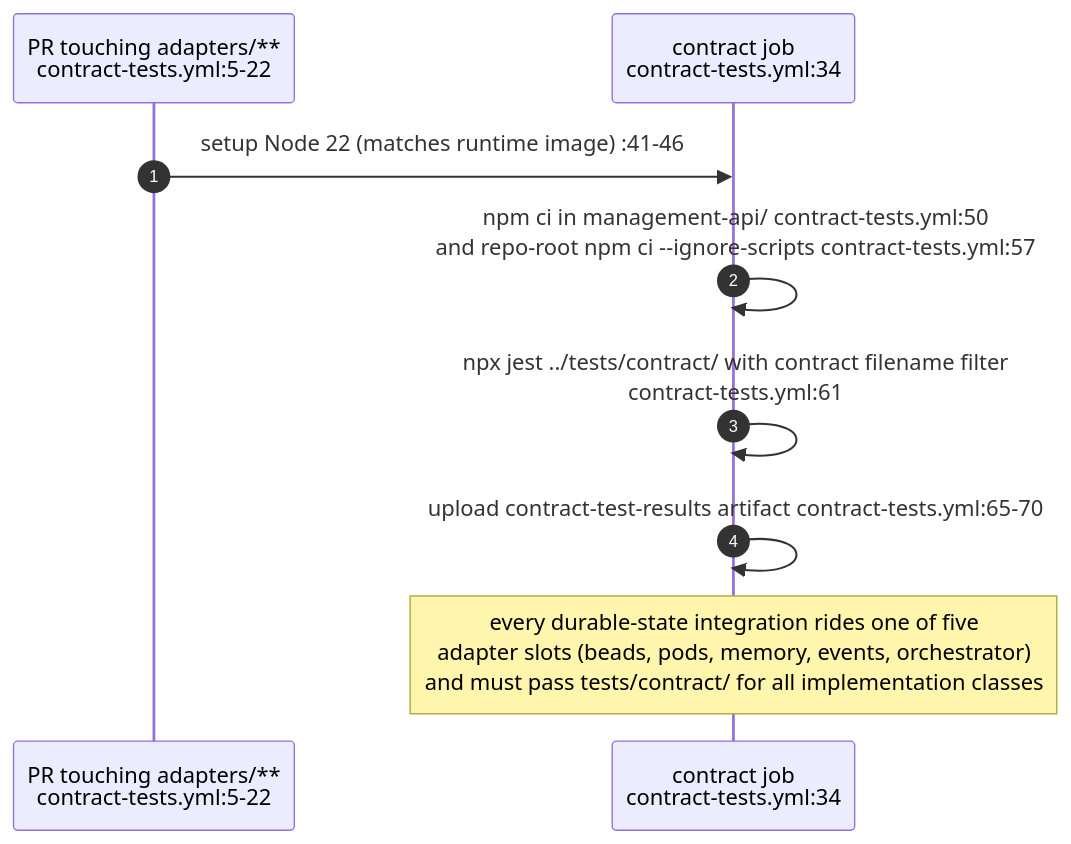
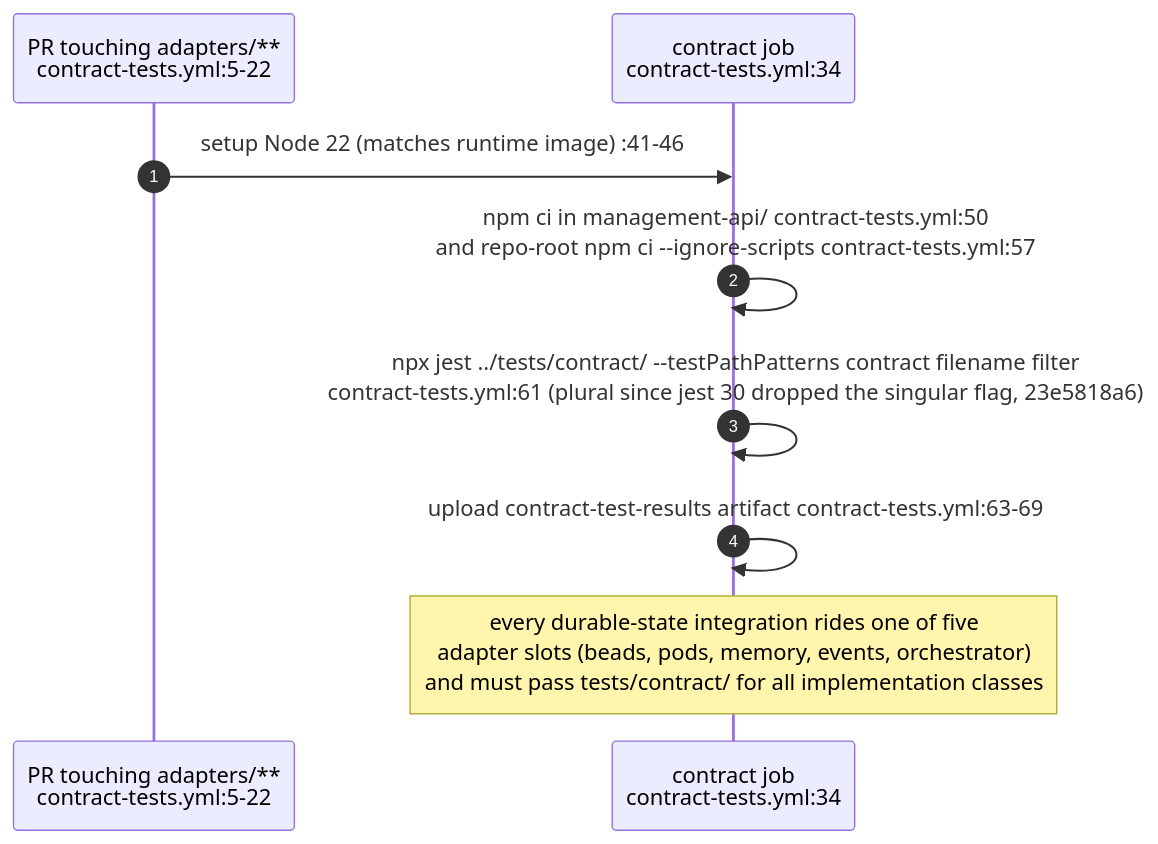
Before and after one commit to DreamLab-AI/VisionFlow: diagram 16 of 23 in docs/diagrams/estate/09-build-deploy-and-ci-estate.md, drawn with Mermaid. The commit also changed other lines of this file and 94 other files, not shown here.

First line of the commit message:
docs(diagrams): re-verify 130 topics against 2 October HEADs

````diff
--- a/docs/diagrams/estate/09-build-deploy-and-ci-estate.md
+++ b/docs/diagrams/estate/09-build-deploy-and-ci-estate.md
@@ -546,12 +562,12 @@
 ```mermaid
 sequenceDiagram
     autonumber
     participant GH as PR touching adapters/**<br/>contract-tests.yml:5-22
     participant C as contract job<br/>contract-tests.yml:34
 
     GH->>C: setup Node 22 (matches runtime image) :41-46
     C->>C: npm ci in management-api/ contract-tests.yml:50<br/>and repo-root npm ci --ignore-scripts contract-tests.yml:57
-    C->>C: npx jest ../tests/contract/ with contract filename filter<br/>contract-tests.yml:61
-    C->>C: upload contract-test-results artifact contract-tests.yml:65-70
+    C->>C: npx jest ../tests/contract/ --testPathPatterns contract filename filter<br/>contract-tests.yml:61 (plural since jest 30 dropped the singular flag, 23e5818a6)
+    C->>C: upload contract-test-results artifact contract-tests.yml:63-69
     Note over C: every durable-state integration rides one of five<br/>adapter slots (beads, pods, memory, events, orchestrator)<br/>and must pass tests/contract/ for all implementation classes
 ```
````
